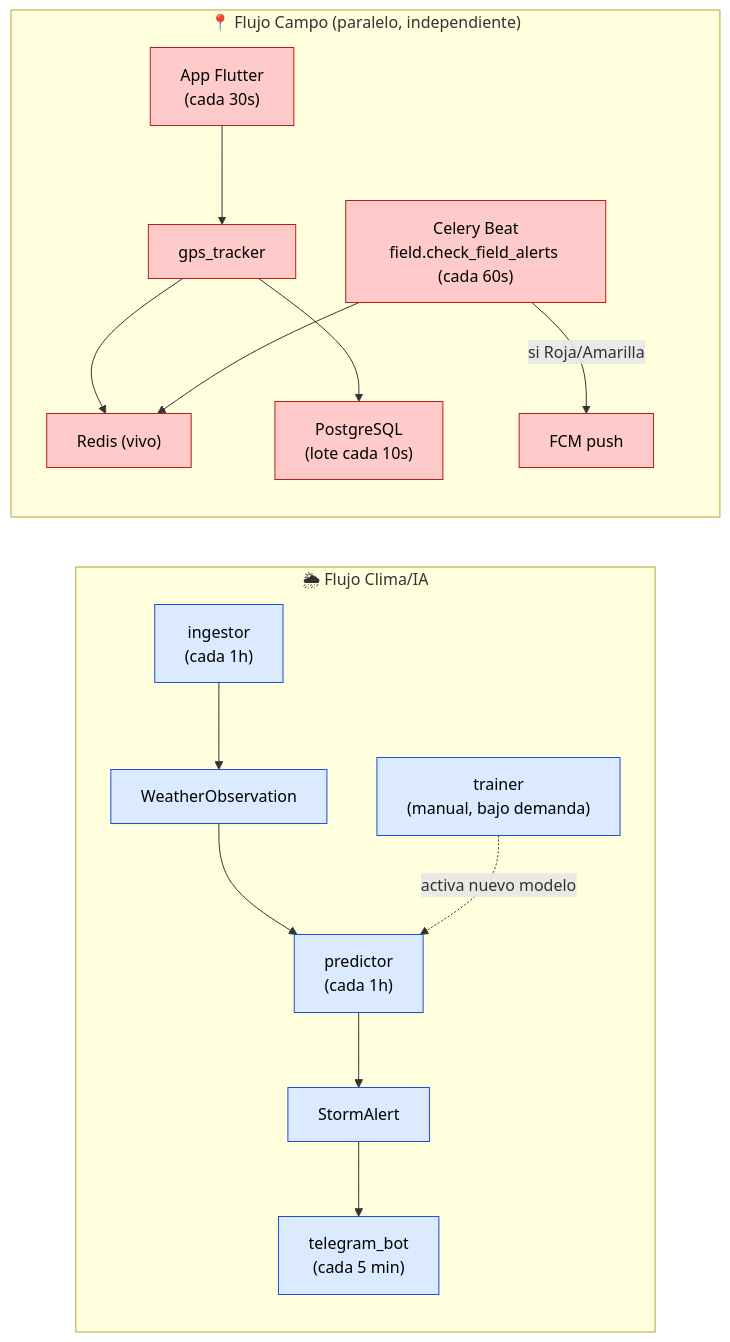
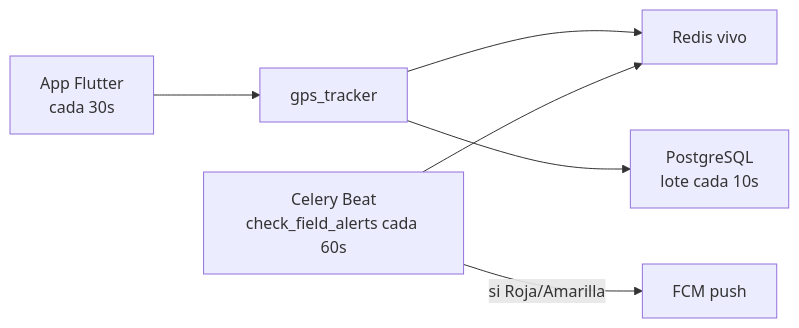
One commit to csotelo/cimbra changed diagram 17 of 17 in README.md. Above: the diagram before and after it, drawn with Mermaid. The commit also changed other lines of this file, not shown here.

First line of the commit message:
fix: eliminar subgraphs y patrones de alto riesgo en diagramas Mermaid

````diff
--- a/README.md
+++ b/README.md
@@ -992,24 +988,8 @@
 ```mermaid
 flowchart LR
-    subgraph CLIMA["🌦 Flujo Clima/IA"]
-        direction TB
-        ING["ingestor<br/>(cada 1h)"] --> OBS["WeatherObservation"]
-        OBS --> PRD["predictor<br/>(cada 1h)"] --> SA["StormAlert"]
-        SA --> TGB["telegram_bot<br/>(cada 5 min)"]
-        TRN["trainer<br/>(manual, bajo demanda)"] -.->|"activa nuevo modelo"| PRD
-    end
-
-    subgraph CAMPO["📍 Flujo Campo (paralelo, independiente)"]
-        direction TB
-        FL["App Flutter<br/>(cada 30s)"] --> GT["gps_tracker"]
-        GT --> RED["Redis (vivo)"]
-        GT --> PGB["PostgreSQL<br/>(lote cada 10s)"]
-        CB["Celery Beat<br/>field.check_field_alerts (cada 60s)"] --> RED
-        CB -->|"si Roja/Amarilla"| PUSH["FCM push"]
-    end
-
-    classDef clima fill:#dbeafe,stroke:#1d4ed8,color:#000
-    classDef campo fill:#fecaca,stroke:#b91c1c,color:#000
-    class ING,OBS,PRD,SA,TGB,TRN clima
-    class FL,GT,RED,PGB,CB,PUSH campo
+    FL["App Flutter<br/>cada 30s"] --> GT["gps_tracker"]
+    GT --> RED["Redis vivo"]
+    GT --> PGB["PostgreSQL<br/>lote cada 10s"]
+    CB["Celery Beat<br/>check_field_alerts cada 60s"] --> RED
+    CB -->|"si Roja/Amarilla"| PUSH["FCM push"]
 ```
````
